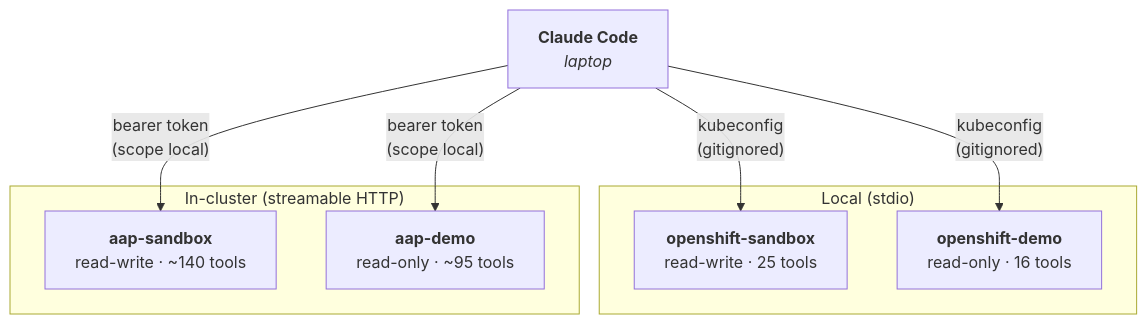
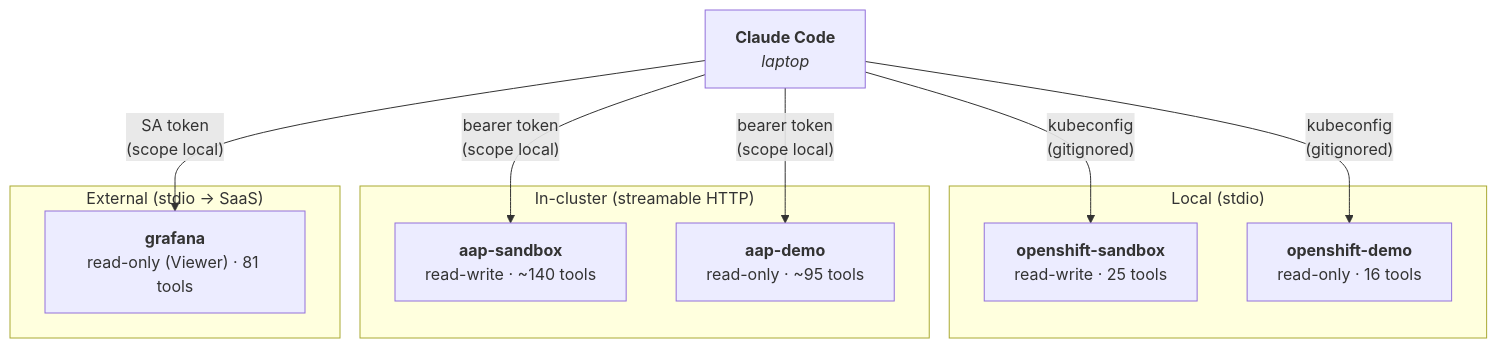
Before and after one commit to ericcames/sales.demos: the diagram in docs/demos/mcp-servers/architecture.md, drawn with Mermaid. The commit also changed other lines of this file and 8 other files, not shown here.

````diff
--- a/docs/demos/mcp-servers/architecture.md
+++ b/docs/demos/mcp-servers/architecture.md
@@ -15,19 +15,24 @@
 ```mermaid
 flowchart TD
     CC["<b>Claude Code</b><br/><i>laptop</i>"]
 
     subgraph local ["Local (stdio)"]
         OS["<b>openshift-sandbox</b><br/>read-write · 25 tools"]
         OD["<b>openshift-demo</b><br/>read-only · 16 tools"]
     end
 
     subgraph cluster ["In-cluster (streamable HTTP)"]
         AS["<b>aap-sandbox</b><br/>read-write · ~140 tools"]
         AD["<b>aap-demo</b><br/>read-only · ~95 tools"]
     end
 
+    subgraph external ["External (stdio → SaaS)"]
+        GR["<b>grafana</b><br/>read-only (Viewer) · 81 tools"]
+    end
+
     CC -->|"kubeconfig<br/>(gitignored)"| OS
     CC -->|"kubeconfig<br/>(gitignored)"| OD
     CC -->|"bearer token<br/>(scope local)"| AS
     CC -->|"bearer token<br/>(scope local)"| AD
+    CC -->|"SA token<br/>(scope local)"| GR
 ```
````
